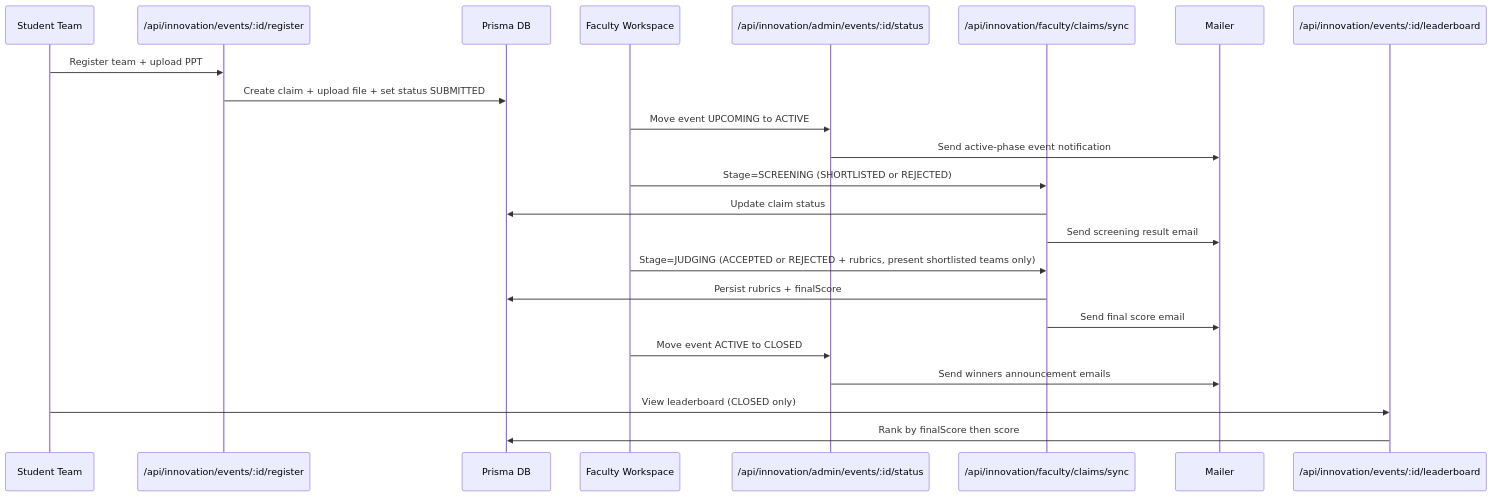
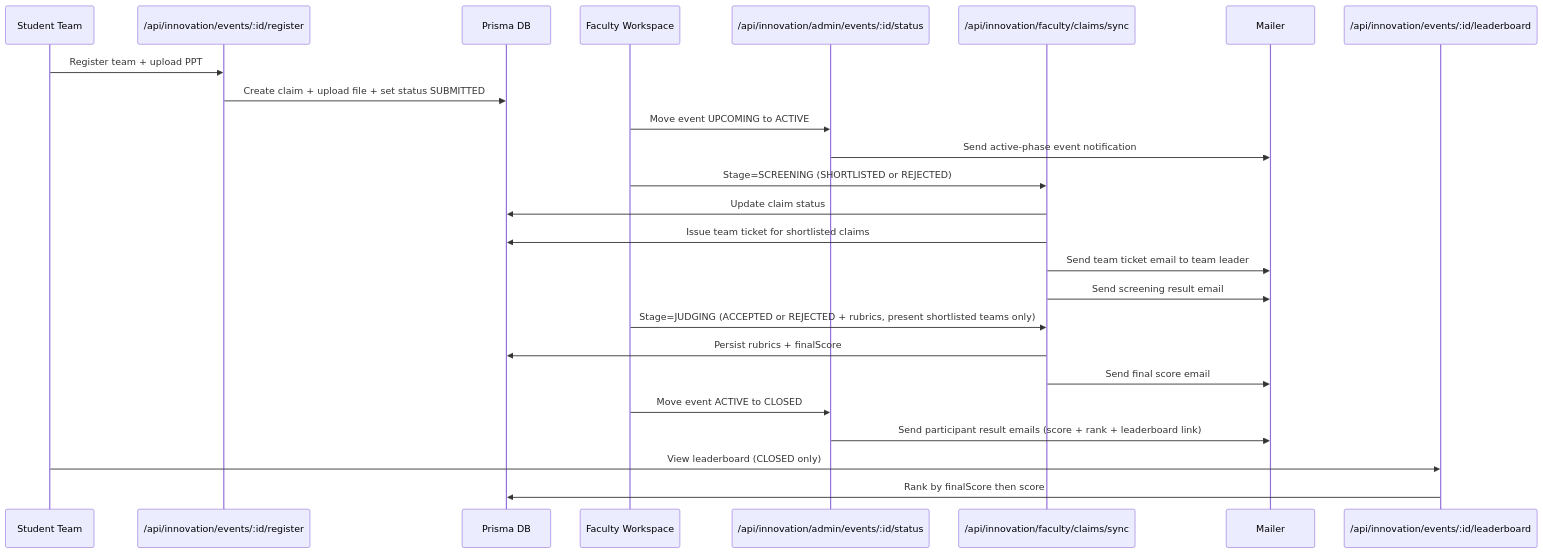
One commit to Newer1107/CoE-Main changed the ninth of 36 diagrams in README.md. Above: the diagram before and after it, drawn with Mermaid. The commit also changed other lines of this file, not shown here.

````diff
--- a/README.md
+++ b/README.md
@@ -416,31 +420,33 @@
 ```mermaid
 sequenceDiagram
   participant S as Student Team
   participant E as /api/innovation/events/:id/register
   participant DB as Prisma DB
   participant F as Faculty Workspace
   participant AD as /api/innovation/admin/events/:id/status
   participant SY as /api/innovation/faculty/claims/sync
   participant M as Mailer
   participant L as /api/innovation/events/:id/leaderboard
 
   S->>E: Register team + upload PPT
   E->>DB: Create claim + upload file + set status SUBMITTED
 
   F->>AD: Move event UPCOMING to ACTIVE
   AD->>M: Send active-phase event notification
 
   F->>SY: Stage=SCREENING (SHORTLISTED or REJECTED)
   SY->>DB: Update claim status
+  SY->>DB: Issue team ticket for shortlisted claims
+  SY->>M: Send team ticket email to team leader
   SY->>M: Send screening result email
 
   F->>SY: Stage=JUDGING (ACCEPTED or REJECTED + rubrics, present shortlisted teams only)
   SY->>DB: Persist rubrics + finalScore
   SY->>M: Send final score email
 
   F->>AD: Move event ACTIVE to CLOSED
-  AD->>M: Send winners announcement emails
+  AD->>M: Send participant result emails (score + rank + leaderboard link)
 
   S->>L: View leaderboard (CLOSED only)
   L->>DB: Rank by finalScore then score
 ```
````
